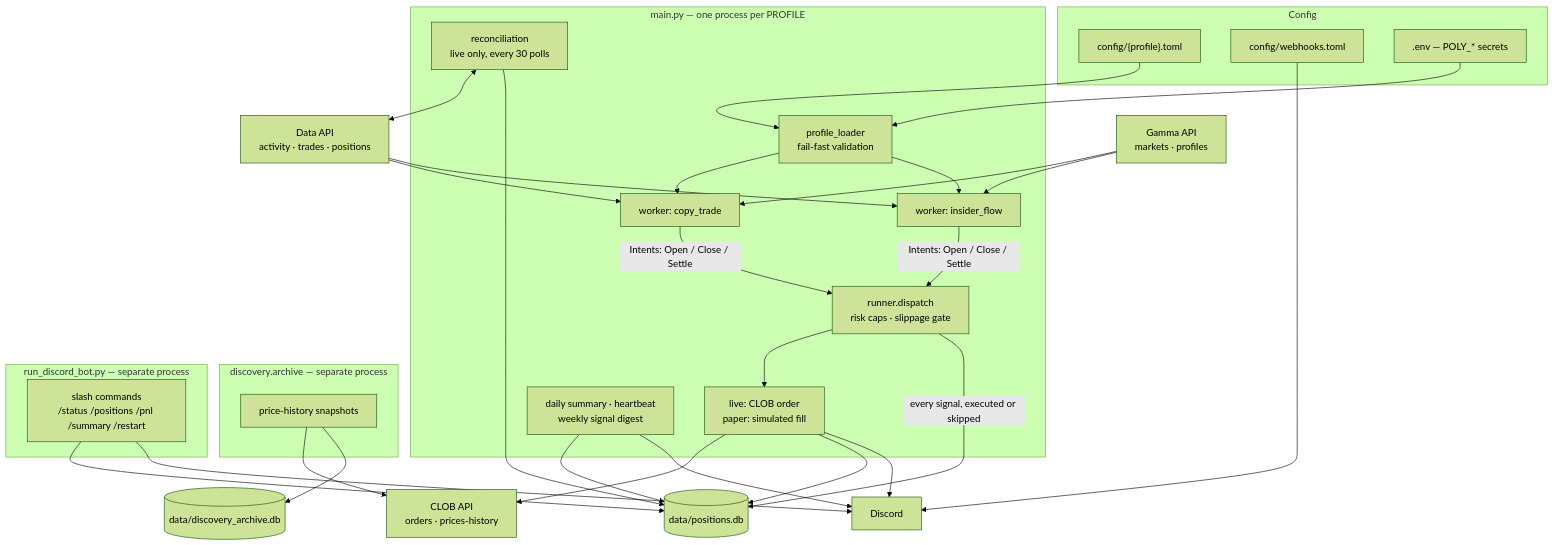
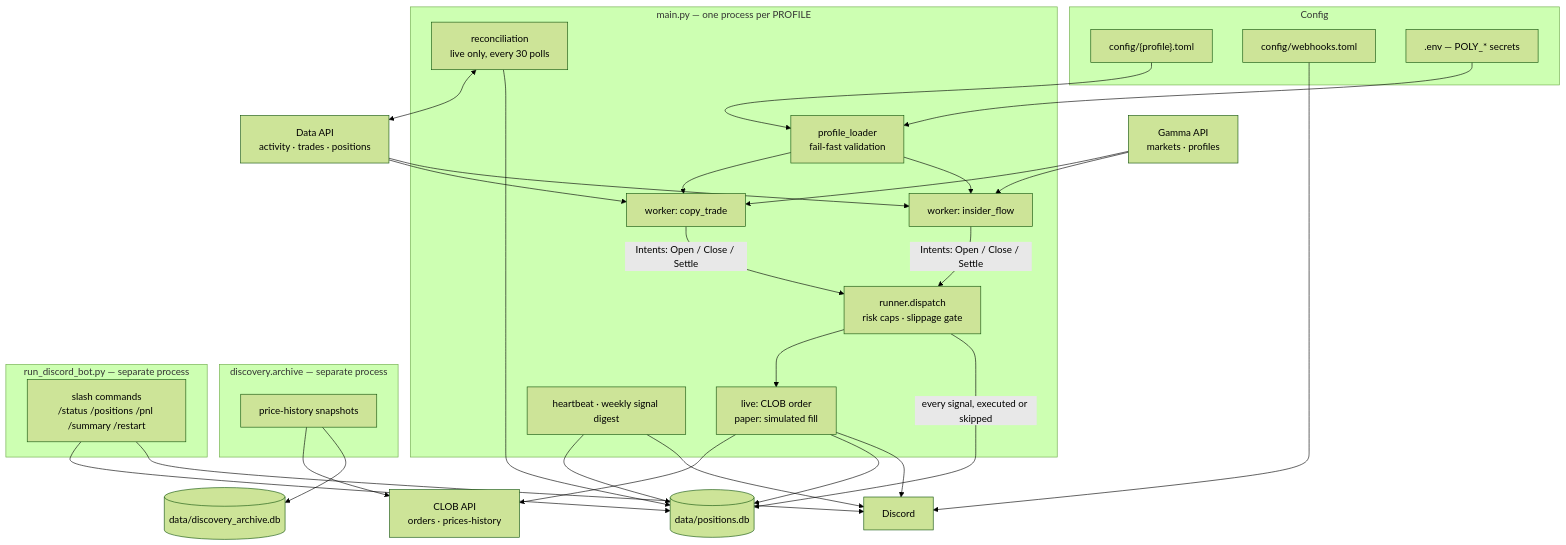
Before and after one commit to Rampex1/Polymarket: the diagram in README.md, drawn with Mermaid (forest theme). The commit also changed other lines of this file and 5 other files, not shown here.

````diff
--- a/README.md
+++ b/README.md
@@ -14,63 +14,63 @@
 ```mermaid
 flowchart TB
     subgraph cfg["Config"]
         TOML["config/{profile}.toml"]
         WH["config/webhooks.toml"]
         ENV[".env — POLY_* secrets"]
     end
 
     subgraph trader["main.py — one process per PROFILE"]
         Loader["profile_loader<br/>fail-fast validation"]
         WA["worker: copy_trade"]
         WB["worker: insider_flow"]
         Runner["runner.dispatch<br/>risk caps · slippage gate"]
         Exec["live: CLOB order<br/>paper: simulated fill"]
         Recon["reconciliation<br/>live only, every 30 polls"]
-        Sched["daily summary · heartbeat<br/>weekly signal digest"]
+        Sched["heartbeat · weekly signal digest"]
     end
 
     subgraph archiver["discovery.archive — separate process"]
         Snap["price-history snapshots"]
     end
 
     subgraph dbot["run_discord_bot.py — separate process"]
         Slash["slash commands<br/>/status /positions /pnl /summary /restart"]
     end
 
     Data["Data API<br/>activity · trades · positions"]
     Gamma["Gamma API<br/>markets · profiles"]
     CLOB["CLOB API<br/>orders · prices-history"]
     PDB[("data/positions.db")]
     ADB[("data/discovery_archive.db")]
     Discord["Discord"]
 
     TOML --> Loader
     ENV --> Loader
     Loader --> WA
     Loader --> WB
 
     Data --> WA
     Data --> WB
     Gamma --> WA
     Gamma --> WB
 
     WA -- "Intents: Open / Close / Settle" --> Runner
     WB -- "Intents: Open / Close / Settle" --> Runner
     Runner --> Exec
     Runner -- "every signal, executed or skipped" --> PDB
     Exec --> CLOB
     Exec --> PDB
     Exec --> Discord
 
     Recon <--> Data
     Recon --> PDB
     Sched --> PDB
     Sched --> Discord
     WH --> Discord
 
     Snap --> CLOB
     Snap --> ADB
 
     Slash --> PDB
     Slash --> Discord
 ```
````
